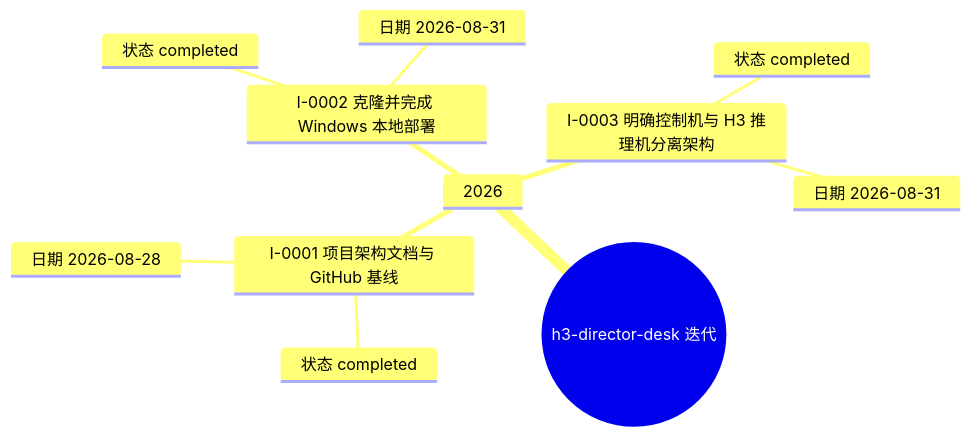
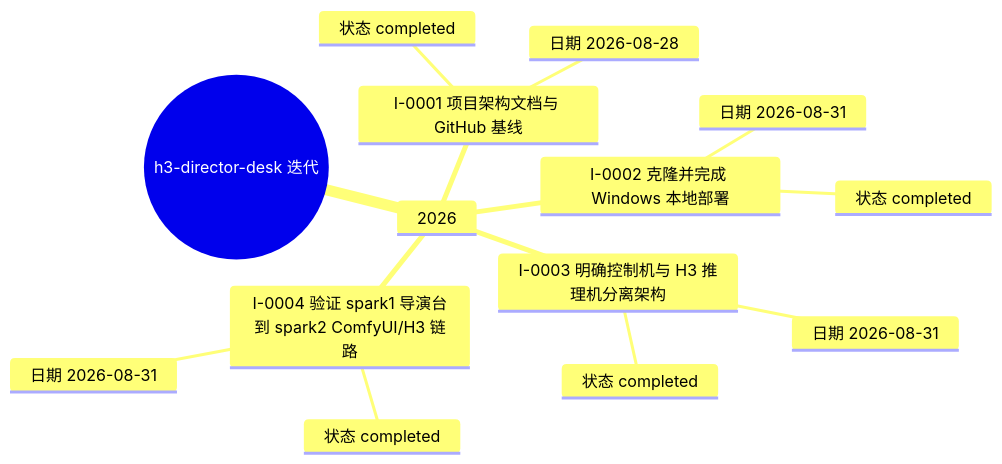
Before and after one commit to Exalex/h3-director-desk: the diagram in docs/project-evolution/mindmaps/iterations.md, drawn with Mermaid. The commit also changed other lines of this file and 6 other files, not shown here.

````diff
--- a/docs/project-evolution/mindmaps/iterations.md
+++ b/docs/project-evolution/mindmaps/iterations.md
@@ -5,14 +5,17 @@
 ```mermaid
 mindmap
   root((h3-director-desk 迭代))
     2026
       I-0001 项目架构文档与 GitHub 基线
         状态 completed
         日期 2026-08-28
       I-0002 克隆并完成 Windows 本地部署
         状态 completed
         日期 2026-08-31
       I-0003 明确控制机与 H3 推理机分离架构
         状态 completed
         日期 2026-08-31
+      I-0004 验证 spark1 导演台到 spark2 ComfyUI/H3 链路
+        状态 completed
+        日期 2026-08-31
 ```
````
